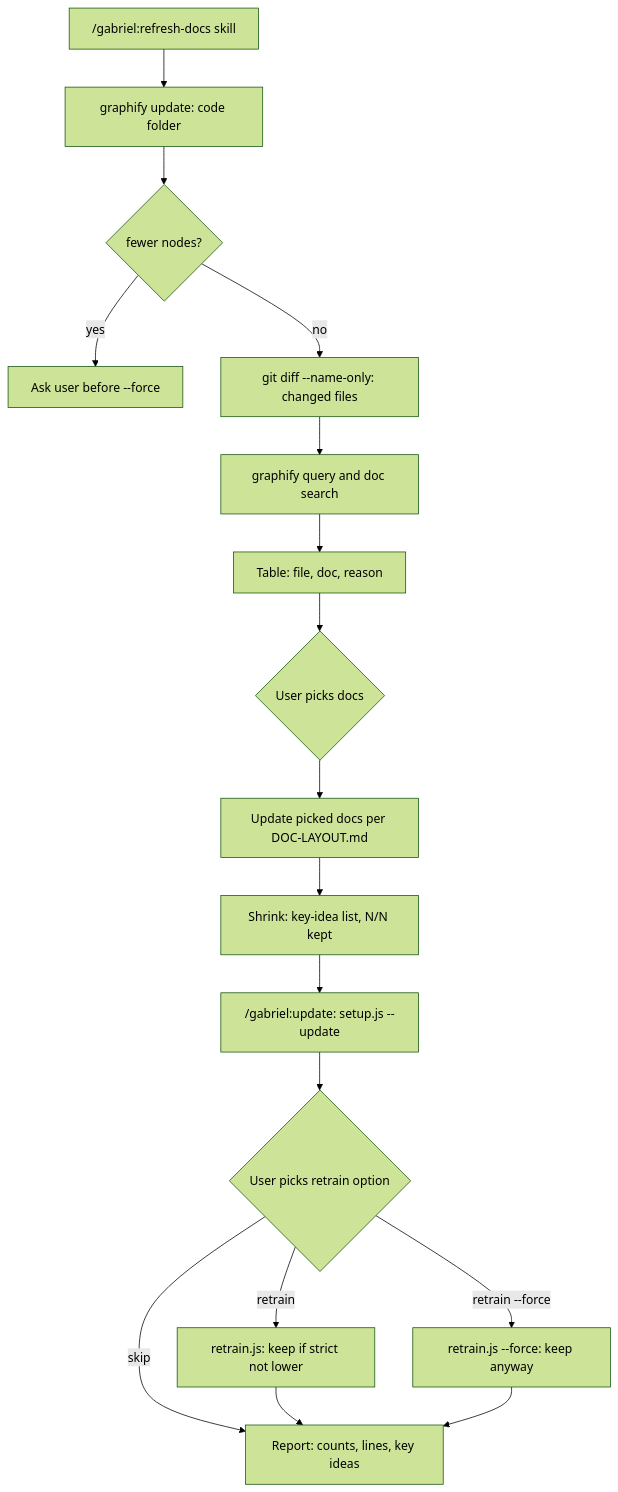
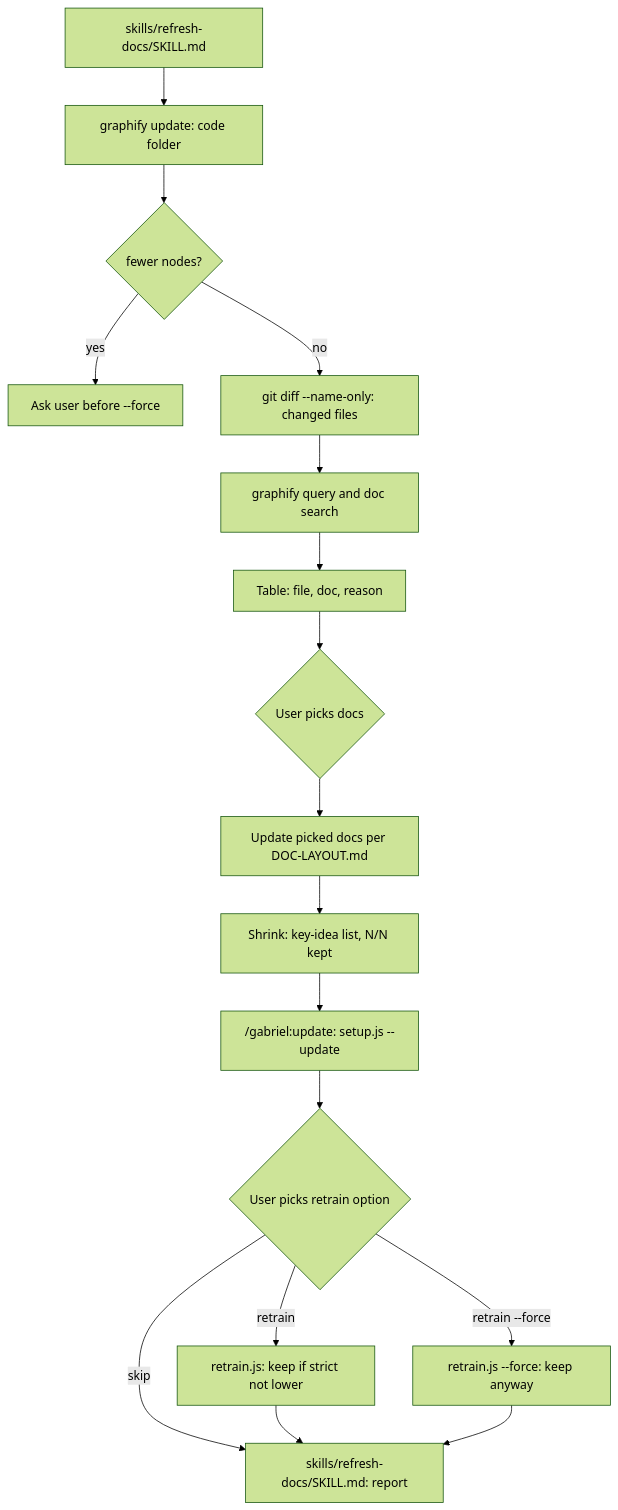
The diagram in repo-docs/business/workflows/W07-refresh-docs.md (ThanhNVan/gabriel-plugin), drawn with Mermaid (forest theme) before and after one commit. The commit also changed other lines of this file and 12 other files, not shown here.

````diff
--- a/repo-docs/business/workflows/W07-refresh-docs.md
+++ b/repo-docs/business/workflows/W07-refresh-docs.md
@@ -18,19 +22,19 @@
 ```mermaid
 flowchart TD
-  A["/gabriel:refresh-docs skill"] --> B["graphify update: code folder"]
+  A["skills/refresh-docs/SKILL.md"] --> B["graphify update: code folder"]
   B --> C{"fewer nodes?"}
   C -- yes --> C2["Ask user before --force"]
   C -- no --> D["git diff --name-only: changed files"]
   D --> E["graphify query and doc search"]
   E --> F["Table: file, doc, reason"]
   F --> G{"User picks docs"}
   G --> H["Update picked docs per DOC-LAYOUT.md"]
   H --> I["Shrink: key-idea list, N/N kept"]
   I --> J["/gabriel:update: setup.js --update"]
   J --> K{"User picks retrain option"}
-  K -- "skip" --> L["Report: counts, lines, key ideas"]
+  K -- "skip" --> L["skills/refresh-docs/SKILL.md: report"]
   K -- "retrain" --> M["retrain.js: keep if strict not lower"]
   K -- "retrain --force" --> N["retrain.js --force: keep anyway"]
   M --> L
   N --> L
 ```
````
